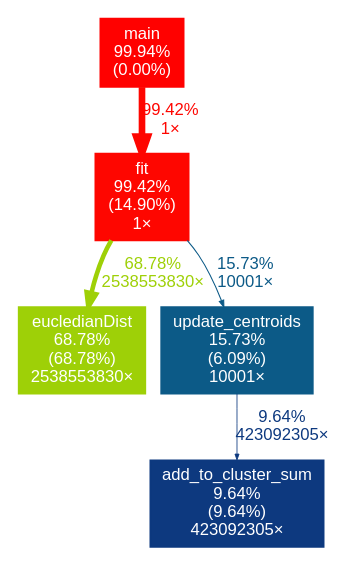
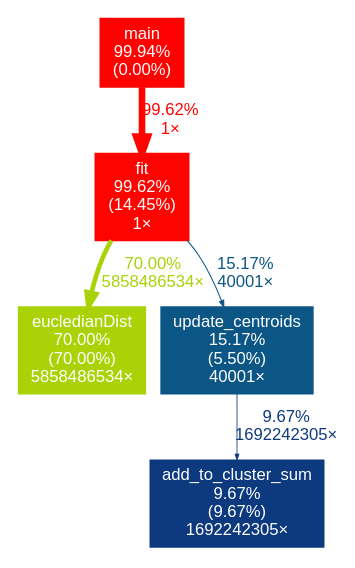
Before and after one commit to igoormichaeel/kmeans-clusterize: the diagram in dotp_gprof.dot, drawn with Graphviz. The commit also changed 15 other files, not shown here.

```diff
--- a/dotp_gprof.dot
+++ b/dotp_gprof.dot
@@ -1,14 +1,14 @@
 digraph {
 	graph [fontname=Arial, nodesep=0.125, ranksep=0.25];
 	node [fontcolor=white, fontname=Arial, height=0, shape=box, style=filled, width=0];
 	edge [fontname=Arial];
 	1 [color="#ff0100", fontcolor="#ffffff", fontsize="10.00", label="main\n99.94%\n(0.00%)"];
-	1 -> 2 [arrowsize="1.00", color="#fe0600", fontcolor="#fe0600", fontsize="10.00", label="99.42%\n1×", labeldistance="3.98", penwidth="3.98"];
-	2 [color="#fe0600", fontcolor="#ffffff", fontsize="10.00", label="fit\n99.42%\n(14.90%)\n1×"];
-	2 -> 3 [arrowsize="0.83", color="#9ed007", fontcolor="#9ed007", fontsize="10.00", label="68.78%\n2538553830×", labeldistance="2.75", penwidth="2.75"];
-	2 -> 4 [arrowsize="0.40", color="#0c5a87", fontcolor="#0c5a87", fontsize="10.00", label="15.73%\n10001×", labeldistance="0.63", penwidth="0.63"];
-	3 [color="#9ed007", fontcolor="#ffffff", fontsize="10.00", label="eucledianDist\n68.78%\n(68.78%)\n2538553830×"];
-	4 [color="#0c5a87", fontcolor="#ffffff", fontsize="10.00", label="update_centroids\n15.73%\n(6.09%)\n10001×"];
-	4 -> 5 [arrowsize="0.35", color="#0d397f", fontcolor="#0d397f", fontsize="10.00", label="9.64%\n423092305×", labeldistance="0.50", penwidth="0.50"];
-	5 [color="#0d397f", fontcolor="#ffffff", fontsize="10.00", label="add_to_cluster_sum\n9.64%\n(9.64%)\n423092305×"];
+	1 -> 2 [arrowsize="1.00", color="#fe0400", fontcolor="#fe0400", fontsize="10.00", label="99.62%\n1×", labeldistance="3.98", penwidth="3.98"];
+	2 [color="#fe0400", fontcolor="#ffffff", fontsize="10.00", label="fit\n99.62%\n(14.45%)\n1×"];
+	2 -> 3 [arrowsize="0.84", color="#a9d207", fontcolor="#a9d207", fontsize="10.00", label="70.00%\n5858486534×", labeldistance="2.80", penwidth="2.80"];
+	2 -> 4 [arrowsize="0.39", color="#0c5686", fontcolor="#0c5686", fontsize="10.00", label="15.17%\n40001×", labeldistance="0.61", penwidth="0.61"];
+	3 [color="#a9d207", fontcolor="#ffffff", fontsize="10.00", label="eucledianDist\n70.00%\n(70.00%)\n5858486534×"];
+	4 [color="#0c5686", fontcolor="#ffffff", fontsize="10.00", label="update_centroids\n15.17%\n(5.50%)\n40001×"];
+	4 -> 5 [arrowsize="0.35", color="#0d397f", fontcolor="#0d397f", fontsize="10.00", label="9.67%\n1692242305×", labeldistance="0.50", penwidth="0.50"];
+	5 [color="#0d397f", fontcolor="#ffffff", fontsize="10.00", label="add_to_cluster_sum\n9.67%\n(9.67%)\n1692242305×"];
 }
```
